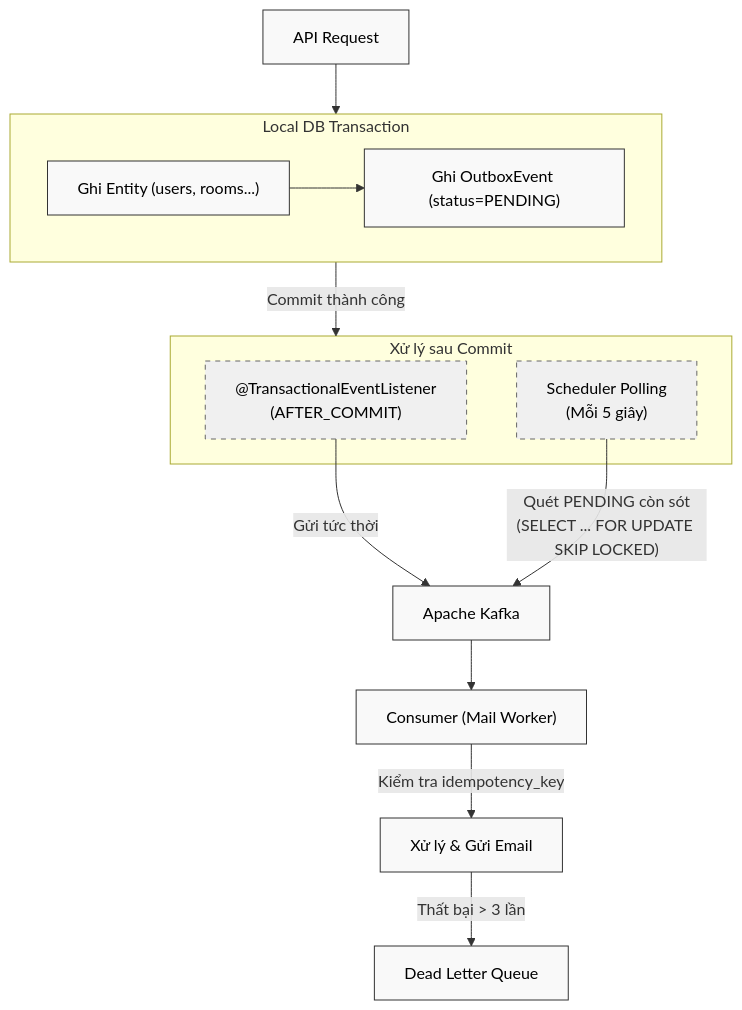
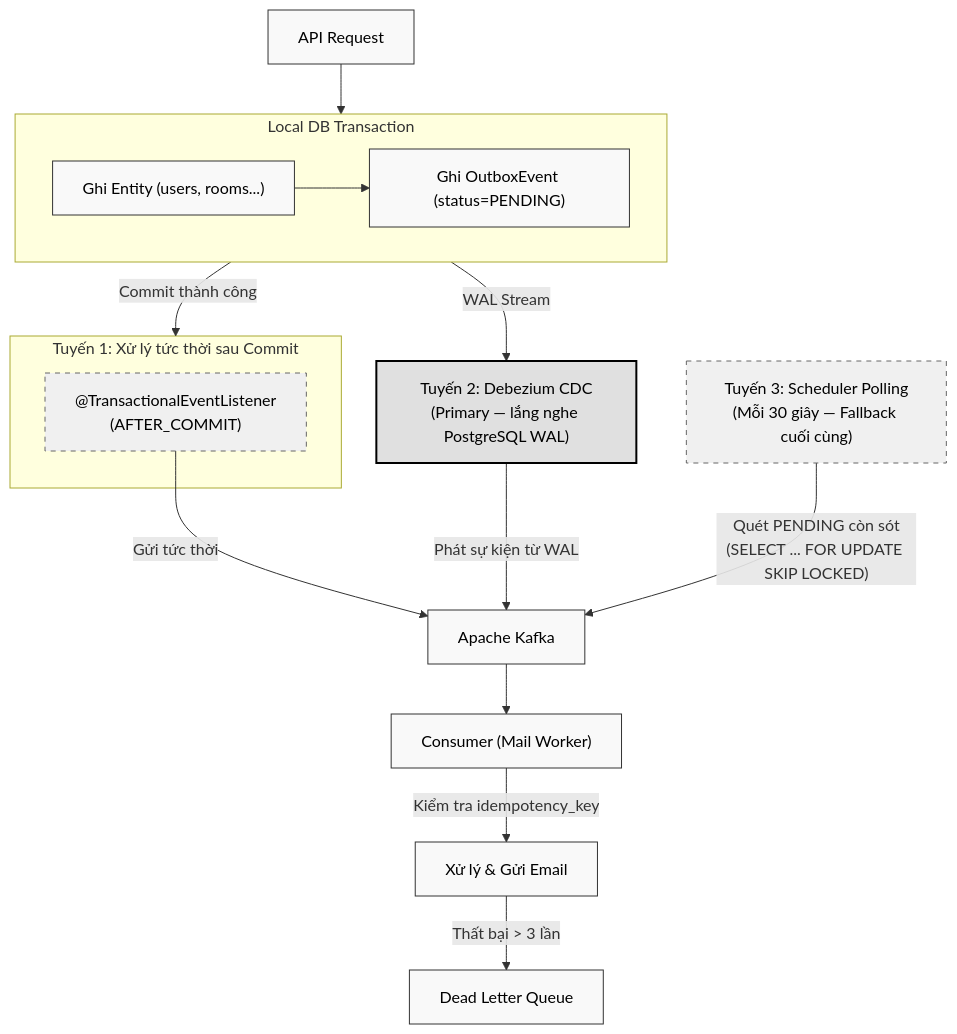
The diagram in docs/09_infrastructure_config.md (NguyenDucHoangNam/PWB_Mini), drawn with Mermaid before and after one commit. The commit also changed other lines of this file and 3 other files, not shown here.

Commit message:
docs: update architectural design documentation for Debezium CDC outbox pattern

````diff
--- a/docs/09_infrastructure_config.md
+++ b/docs/09_infrastructure_config.md
@@ -89,28 +89,34 @@
 ```mermaid
 graph TD
     classDef default fill:#f9f9f9,stroke:#333,stroke-width:1px,color:#000
     classDef transaction fill:#e8e8e8,stroke:#000,stroke-width:2px,color:#000
     classDef async fill:#f0f0f0,stroke:#666,stroke-width:1px,stroke-dasharray: 5 5,color:#000
+    classDef primary fill:#e0e0e0,stroke:#000,stroke-width:2px,color:#000
 
     API["API Request"] --> TX
 
     subgraph TX ["Local DB Transaction"]
         WriteEntity["Ghi Entity (users, rooms...)"]
         WriteOutbox["Ghi OutboxEvent (status=PENDING)"]
         WriteEntity --> WriteOutbox
     end
 
     TX -->|"Commit thành công"| AfterCommit
+    TX -->|"WAL Stream"| Debezium
 
-    subgraph AfterCommit ["Xử lý sau Commit"]
+    subgraph AfterCommit ["Tuyến 1: Xử lý tức thời sau Commit"]
         Listener["@TransactionalEventListener<br/>(AFTER_COMMIT)"]:::async
-        Scheduler["Scheduler Polling<br/>(Mỗi 5 giây)"]:::async
     end
 
+    Debezium["Tuyến 2: Debezium CDC<br/>(Primary — lắng nghe PostgreSQL WAL)"]:::primary
+
+    Scheduler["Tuyến 3: Scheduler Polling<br/>(Mỗi 30 giây — Fallback cuối cùng)"]:::async
+
     Listener -->|"Gửi tức thời"| Kafka["Apache Kafka"]
+    Debezium -->|"Phát sự kiện từ WAL"| Kafka
     Scheduler -->|"Quét PENDING còn sót<br/>(SELECT ... FOR UPDATE SKIP LOCKED)"| Kafka
 
     Kafka --> Consumer["Consumer (Mail Worker)"]
     Consumer -->|"Kiểm tra idempotency_key"| Process["Xử lý & Gửi Email"]
     Process -->|"Thất bại > 3 lần"| DLQ["Dead Letter Queue"]
 ```
````
